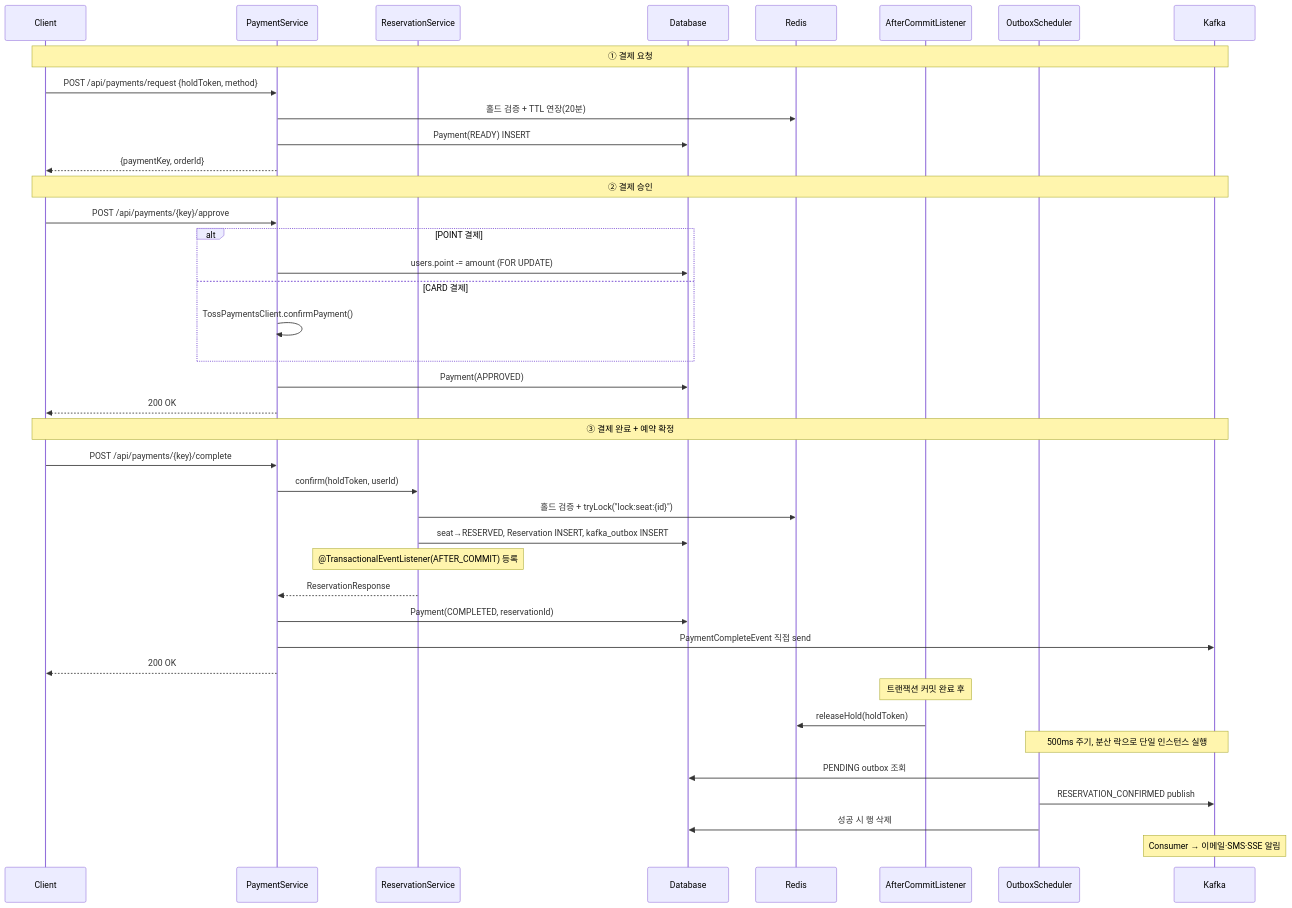
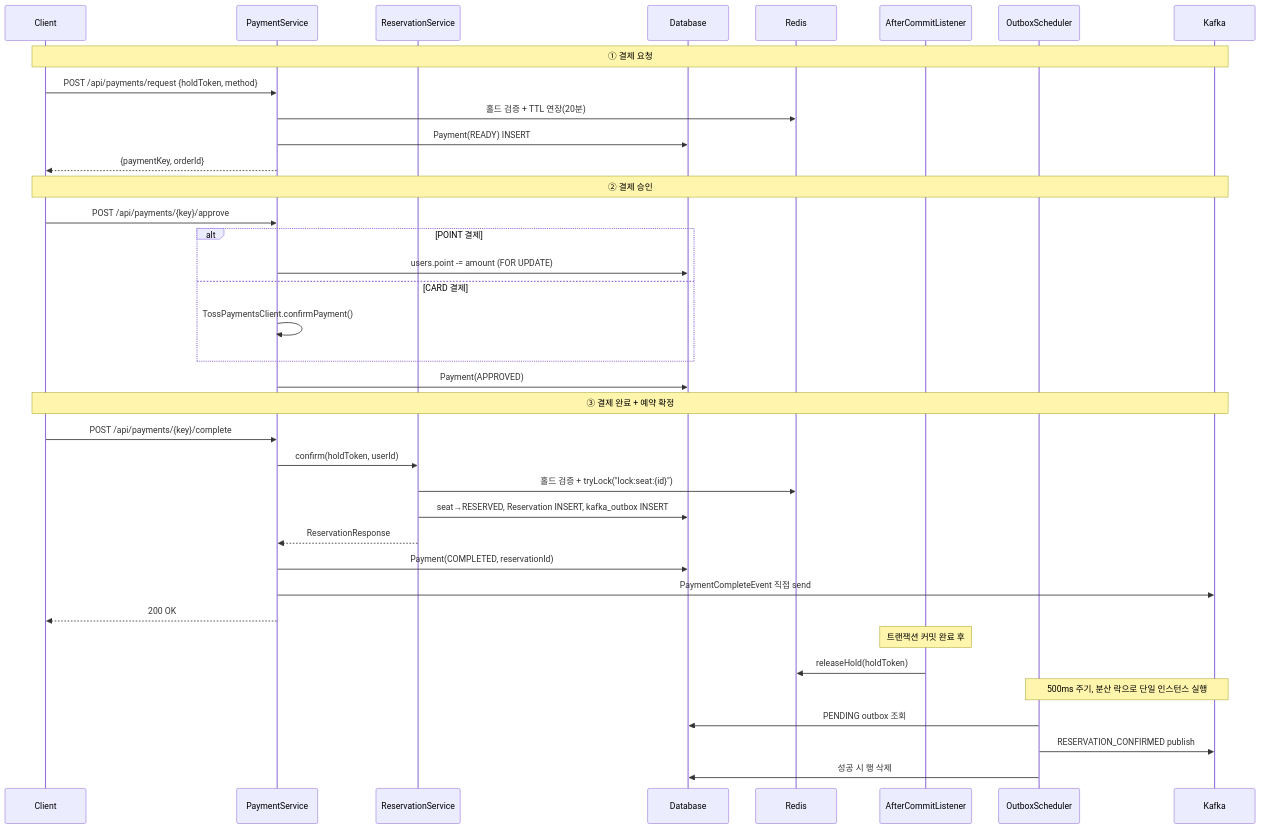
Before and after one commit to kiy3035/Ticketing: the third of 6 diagrams in docs/backend-portfolio.md, drawn with Mermaid. The commit also changed other lines of this file and 13 other files, not shown here.

````diff
--- a/docs/backend-portfolio.md
+++ b/docs/backend-portfolio.md
@@ -365,48 +227,44 @@
 ```mermaid
 sequenceDiagram
     participant C as Client
     participant PS as PaymentService
     participant RS as ReservationService
     participant DB as Database
     participant Redis as Redis
     participant L as AfterCommitListener
     participant Sched as OutboxScheduler
     participant K as Kafka
 
     Note over C,K: ① 결제 요청
     C->>PS: POST /api/payments/request {holdToken, method}
     PS->>Redis: 홀드 검증 + TTL 연장(20분)
     PS->>DB: Payment(READY) INSERT
     PS-->>C: {paymentKey, orderId}
 
     Note over C,K: ② 결제 승인
     C->>PS: POST /api/payments/{key}/approve
     alt POINT 결제
         PS->>DB: users.point -= amount (FOR UPDATE)
     else CARD 결제
         PS->>PS: TossPaymentsClient.confirmPayment()
     end
     PS->>DB: Payment(APPROVED)
-    PS-->>C: 200 OK
 
     Note over C,K: ③ 결제 완료 + 예약 확정
     C->>PS: POST /api/payments/{key}/complete
     PS->>RS: confirm(holdToken, userId)
     RS->>Redis: 홀드 검증 + tryLock("lock:seat:{id}")
     RS->>DB: seat→RESERVED, Reservation INSERT, kafka_outbox INSERT
-    Note over RS: @TransactionalEventListener(AFTER_COMMIT) 등록
     RS-->>PS: ReservationResponse
     PS->>DB: Payment(COMPLETED, reservationId)
     PS->>K: PaymentCompleteEvent 직접 send
     PS-->>C: 200 OK
 
     Note over L: 트랜잭션 커밋 완료 후
     L->>Redis: releaseHold(holdToken)
 
     Note over Sched,K: 500ms 주기, 분산 락으로 단일 인스턴스 실행
     Sched->>DB: PENDING outbox 조회
     Sched->>K: RESERVATION_CONFIRMED publish
     Sched->>DB: 성공 시 행 삭제
-
-    Note over K: Consumer → 이메일·SMS·SSE 알림
 ```
````
